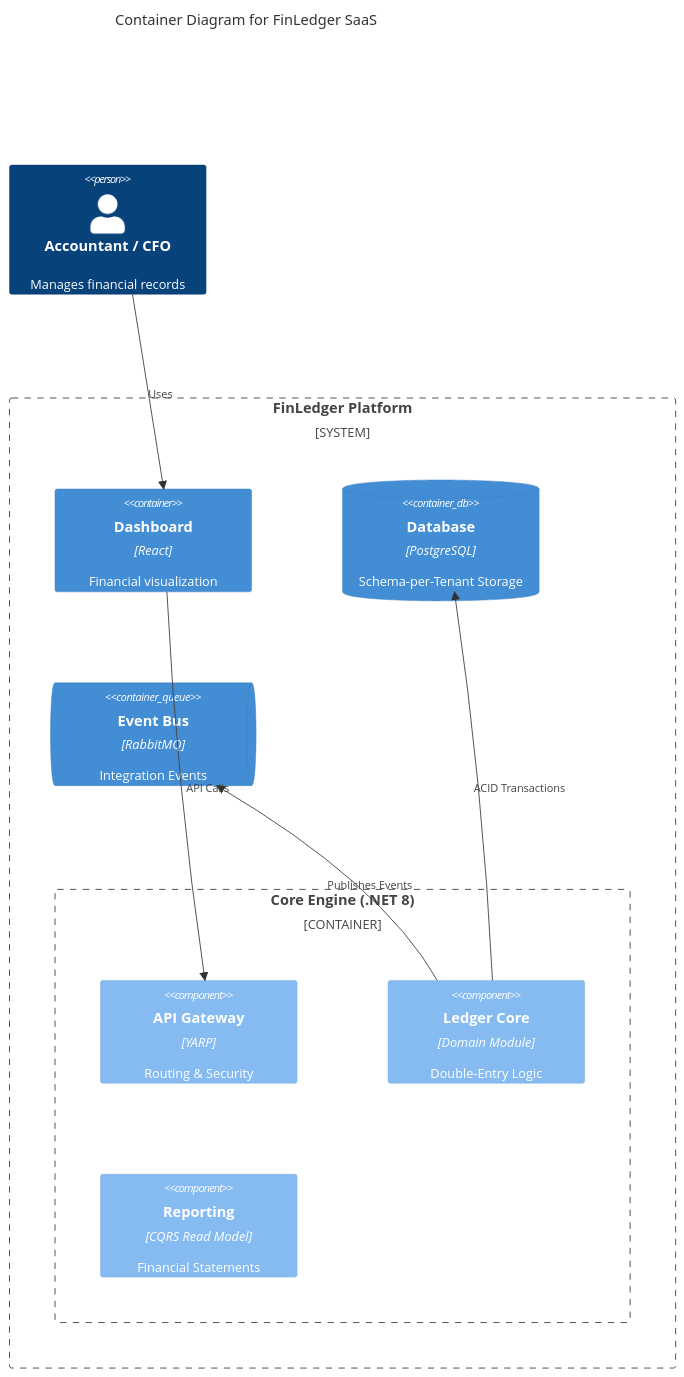
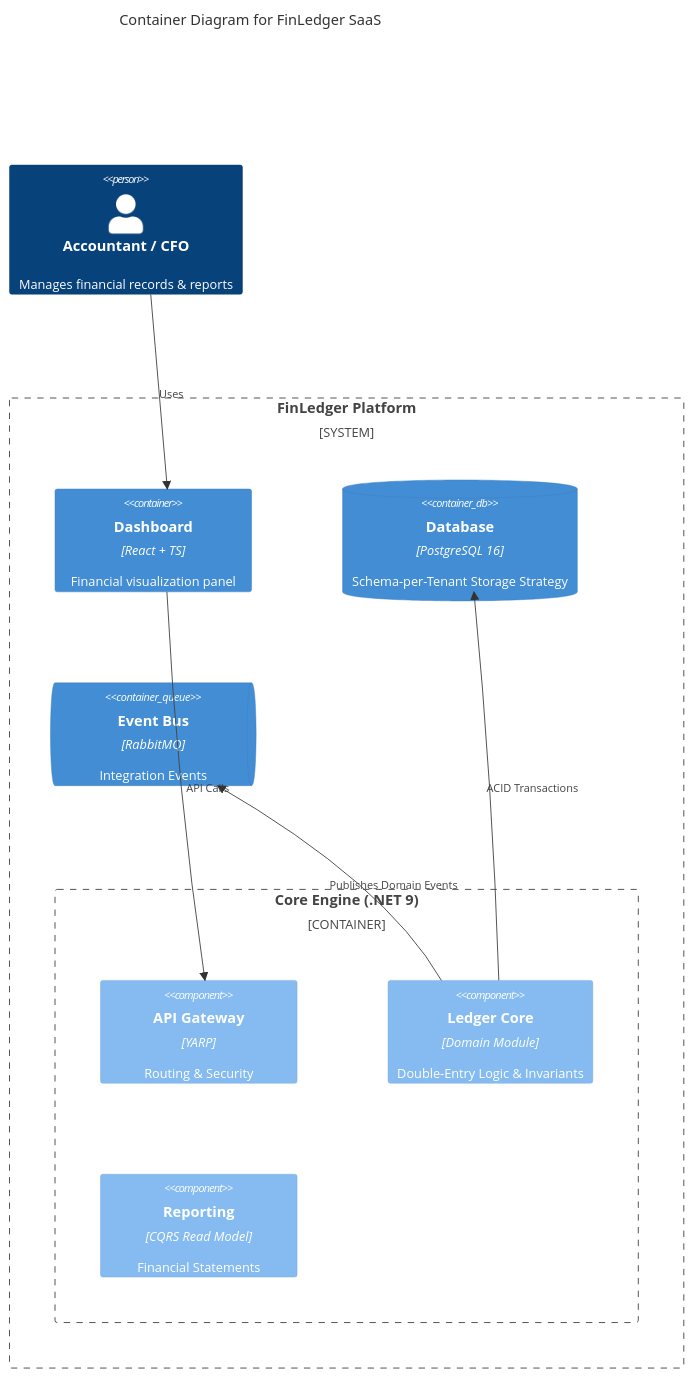
Before and after one commit to amirhosein2015/FinLedger: the diagram in README.md, drawn with Mermaid. The commit also changed other lines of this file, not shown here.

Commit message:
docs: update tech stack to .NET 9 and enhance project description

````diff
--- a/README.md
+++ b/README.md
@@ -12,20 +13,20 @@
 ```mermaid
 C4Container
     title Container Diagram for FinLedger SaaS
 
-    Person(accountant, "Accountant / CFO", "Manages financial records")
+    Person(accountant, "Accountant / CFO", "Manages financial records & reports")
     System_Boundary(c1, "FinLedger Platform") {
-        Container(spa, "Dashboard", "React", "Financial visualization")
-        Container_Boundary(backend, "Core Engine (.NET 8)") {
+        Container(spa, "Dashboard", "React + TS", "Financial visualization panel")
+        Container_Boundary(backend, "Core Engine (.NET 9)") {
             Component(api, "API Gateway", "YARP", "Routing & Security")
-            Component(mod_ledger, "Ledger Core", "Domain Module", "Double-Entry Logic")
+            Component(mod_ledger, "Ledger Core", "Domain Module", "Double-Entry Logic & Invariants")
             Component(mod_report, "Reporting", "CQRS Read Model", "Financial Statements")
         }
-        ContainerDb(db, "Database", "PostgreSQL", "Schema-per-Tenant Storage")
+        ContainerDb(db, "Database", "PostgreSQL 16", "Schema-per-Tenant Storage Strategy")
         ContainerQueue(bus, "Event Bus", "RabbitMQ", "Integration Events")
     }
     Rel(accountant, spa, "Uses")
     Rel(spa, api, "API Calls")
     Rel(mod_ledger, db, "ACID Transactions")
-    Rel(mod_ledger, bus, "Publishes Events")
+    Rel(mod_ledger, bus, "Publishes Domain Events")
 ```
````
